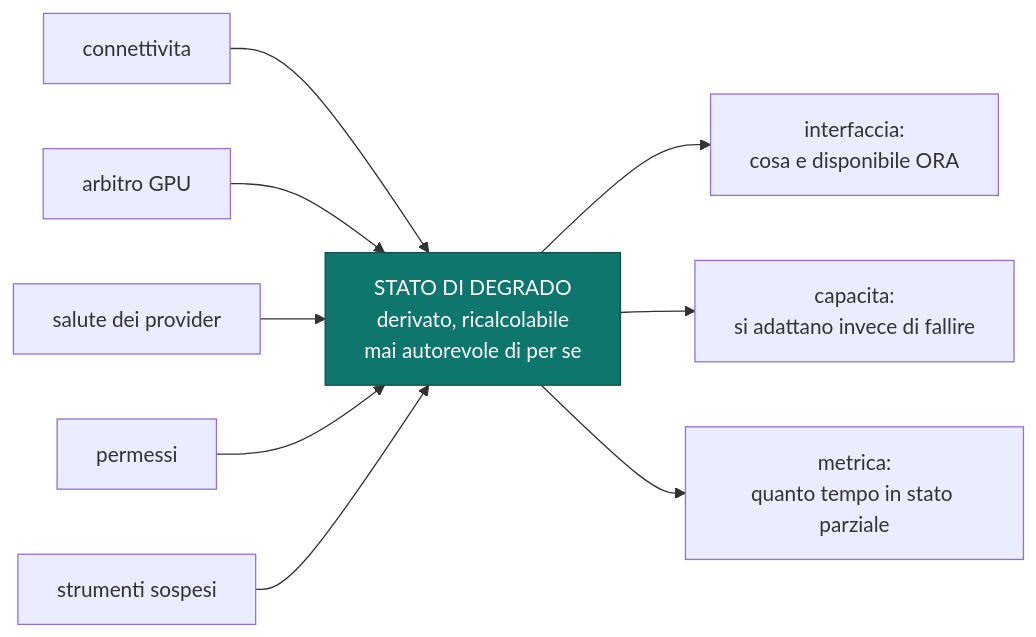
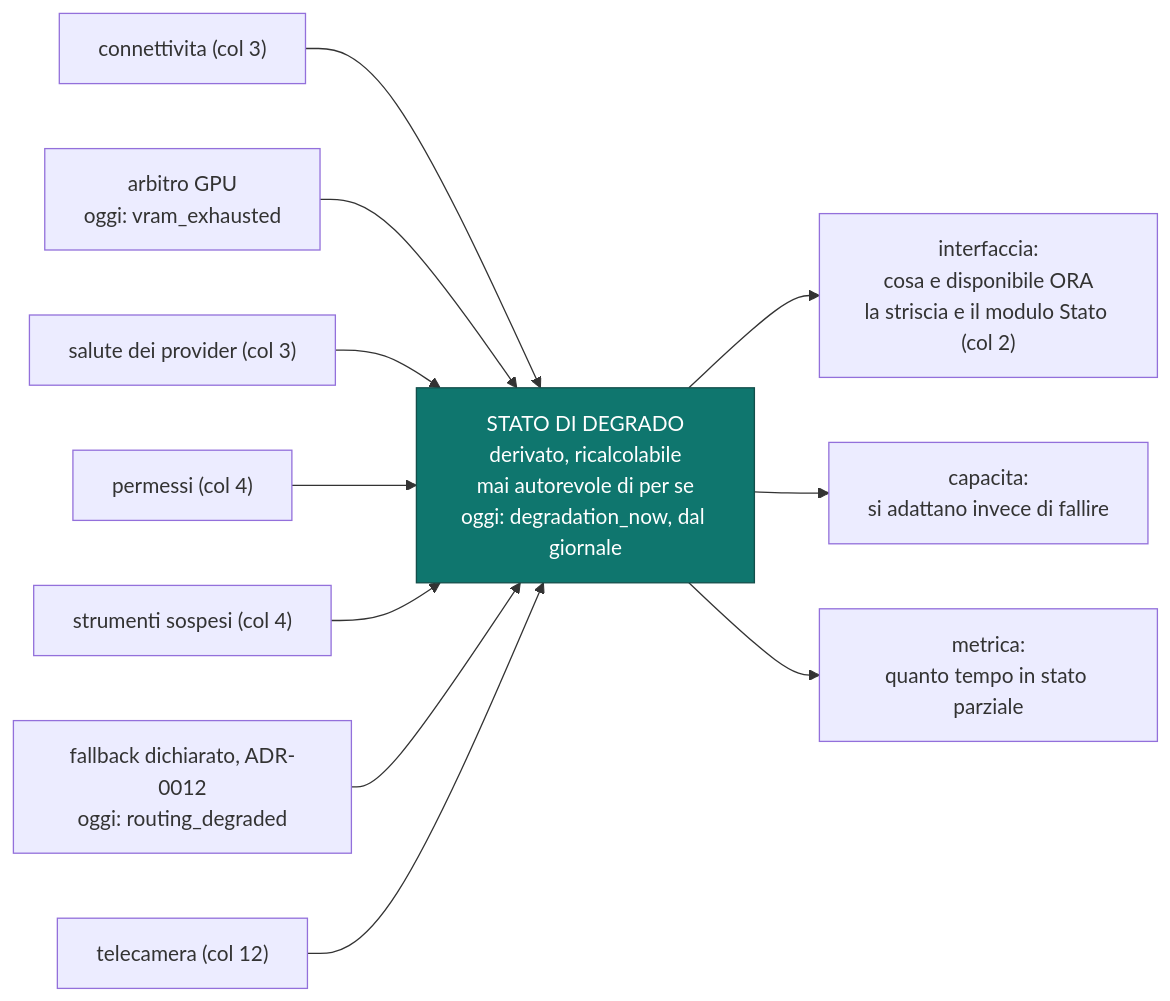
One commit to devfrx/daemon changed the first of 2 diagrams in docs/design/07-osservabilita-e-degrado.md. Above: the diagram before and after it, drawn with Mermaid. The commit also changed other lines of this file and 3 other files, not shown here.

````diff
--- a/docs/design/07-osservabilita-e-degrado.md
+++ b/docs/design/07-osservabilita-e-degrado.md
@@ -31,15 +42,17 @@
 ```mermaid
 flowchart LR
-    E1["connettivita"] --> S
-    E2["arbitro GPU"] --> S
-    E3["salute dei provider"] --> S
-    E4["permessi"] --> S
-    E5["strumenti sospesi"] --> S
-    S["STATO DI DEGRADO<br/>derivato, ricalcolabile<br/>mai autorevole di per se"]
-    S --> U["interfaccia:<br/>cosa e disponibile ORA"]
+    E1["connettivita (col 3)"] --> S
+    E2["arbitro GPU<br/>oggi: vram_exhausted"] --> S
+    E3["salute dei provider (col 3)"] --> S
+    E4["permessi (col 4)"] --> S
+    E5["strumenti sospesi (col 4)"] --> S
+    E6["fallback dichiarato, ADR-0012<br/>oggi: routing_degraded"] --> S
+    E7["telecamera (col 12)"] --> S
+    S["STATO DI DEGRADO<br/>derivato, ricalcolabile<br/>mai autorevole di per se<br/>oggi: degradation_now, dal giornale"]
+    S --> U["interfaccia:<br/>cosa e disponibile ORA<br/>la striscia e il modulo Stato (col 2)"]
     S --> C["capacita:<br/>si adattano invece di fallire"]
     S --> M["metrica:<br/>quanto tempo in stato parziale"]
 
     classDef der fill:#0f766e,stroke:#134e4a,color:#fff
     class S der
 ```
````
